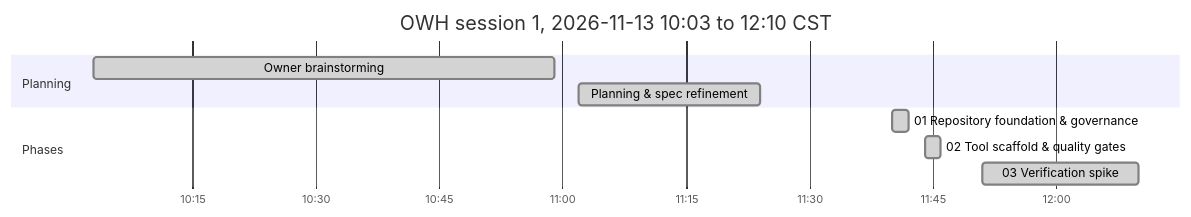
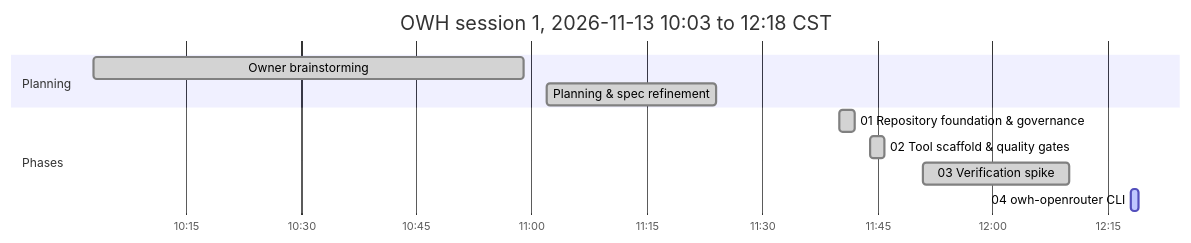
Before and after one commit to antonizick/OpenWebUI: the diagram in OWH_IMPLEMENTATION_PLAN.md, drawn with Mermaid. The commit also changed other lines of this file and 1 other file, not shown here.

Commit message:
docs(plan): refresh timeline

````diff
--- a/OWH_IMPLEMENTATION_PLAN.md
+++ b/OWH_IMPLEMENTATION_PLAN.md
@@ -48,13 +48,14 @@
 ```mermaid
 gantt
-    title OWH session 1, 2026-11-13 10:03 to 12:10 CST
+    title OWH session 1, 2026-11-13 10:03 to 12:18 CST
     dateFormat YYYY-MM-DD HH:mm
     axisFormat %H:%M
     section Planning
     Owner brainstorming :done, plan1, 2026-11-13 10:03, 2026-11-13 10:59
     Planning & spec refinement :done, p00, 2026-11-13 11:02, 2026-11-13 11:24
     section Phases
     01 Repository foundation & governance :done, p01s1, 2026-11-13 11:40, 2026-11-13 11:42
     02 Tool scaffold & quality gates :done, p02s1, 2026-11-13 11:44, 2026-11-13 11:46
     03 Verification spike :done, p03s1, 2026-11-13 11:51, 2026-11-13 12:10
+    04 owh-openrouter CLI :active, p04s1, 2026-11-13 12:18, 2026-11-13 12:19
 ```
````
